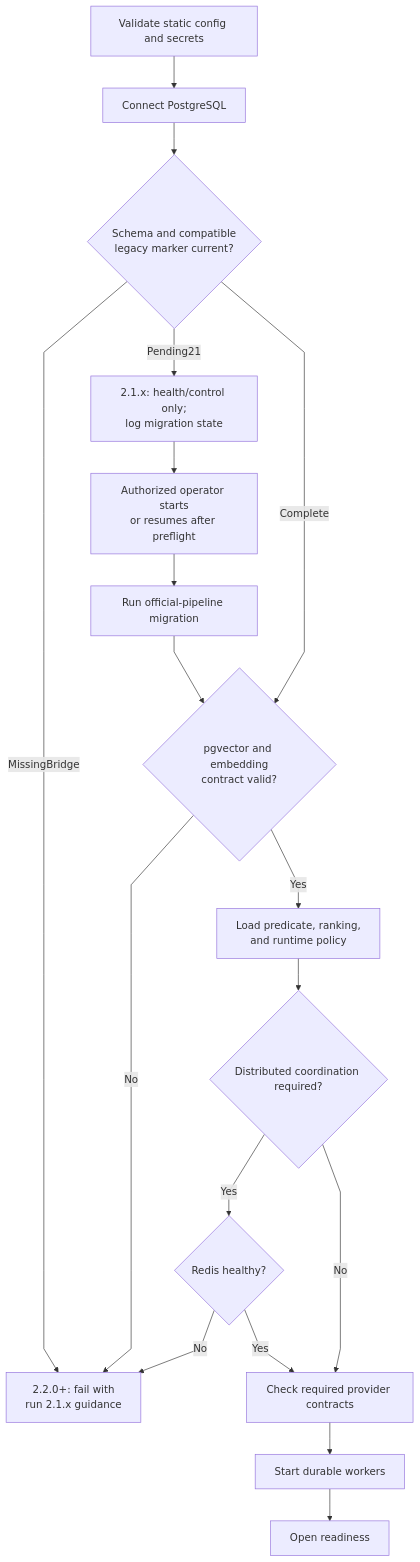
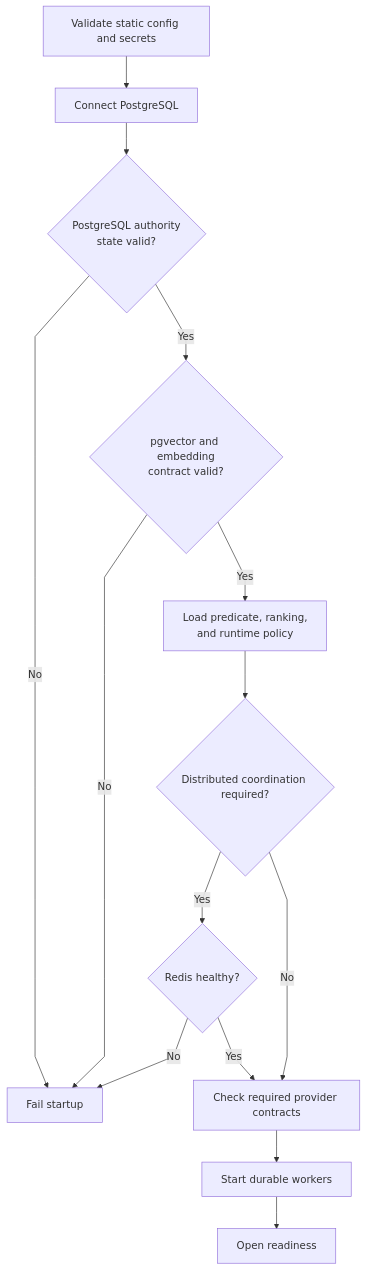
One commit to markhuangai/dense-mem changed the second of 10 diagrams in Operations-Runbook.md. Above: the diagram before and after it, drawn with Mermaid. The commit also changed other lines of this file and 23 other files, not shown here.

````diff
--- a/Operations-Runbook.md
+++ b/Operations-Runbook.md
@@ -57,21 +56,17 @@
 ```mermaid
 %%{init: {"flowchart": {"curve": "linear"}}}%%
 flowchart TD
   Config["Validate static config and secrets"] --> PG["Connect PostgreSQL"]
-  PG --> Migration{"Schema and compatible<br/>legacy marker current?"}
-  Migration -- MissingBridge --> Stop["2.2.0+: fail with<br/>run 2.1.x guidance"]
-  Migration -- Pending21 --> Maintenance["2.1.x: health/control only;<br/>log migration state"]
-  Maintenance --> Start["Authorized operator starts<br/>or resumes after preflight"]
-  Start --> Migrate["Run official-pipeline migration"]
-  Migrate --> Vector
-  Migration -- Complete --> Vector{"pgvector and embedding<br/>contract valid?"}
+  PG --> Authority{"PostgreSQL authority<br/>state valid?"}
+  Authority -- No --> Stop["Fail startup"]
+  Authority -- Yes --> Vector{"pgvector and embedding<br/>contract valid?"}
   Vector -- No --> Stop
   Vector -- Yes --> Policy["Load predicate, ranking,<br/>and runtime policy"]
   Policy --> Redis{"Distributed coordination required?"}
   Redis -- Yes --> RedisOK{"Redis healthy?"}
   RedisOK -- No --> Stop
   RedisOK -- Yes --> Providers["Check required provider contracts"]
   Redis -- No --> Providers
   Providers --> Workers["Start durable workers"]
   Workers --> Ready["Open readiness"]
 ```
````
